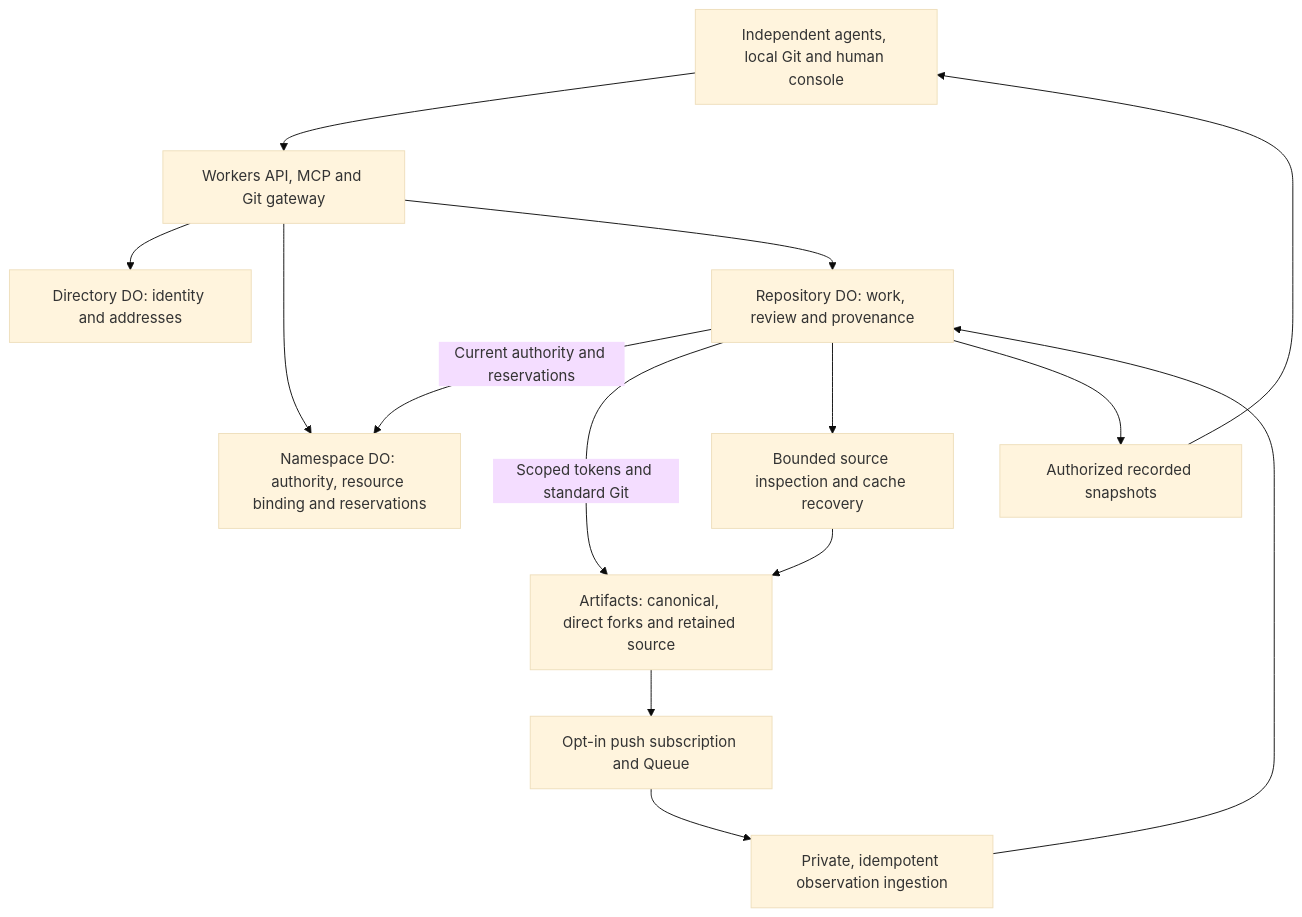
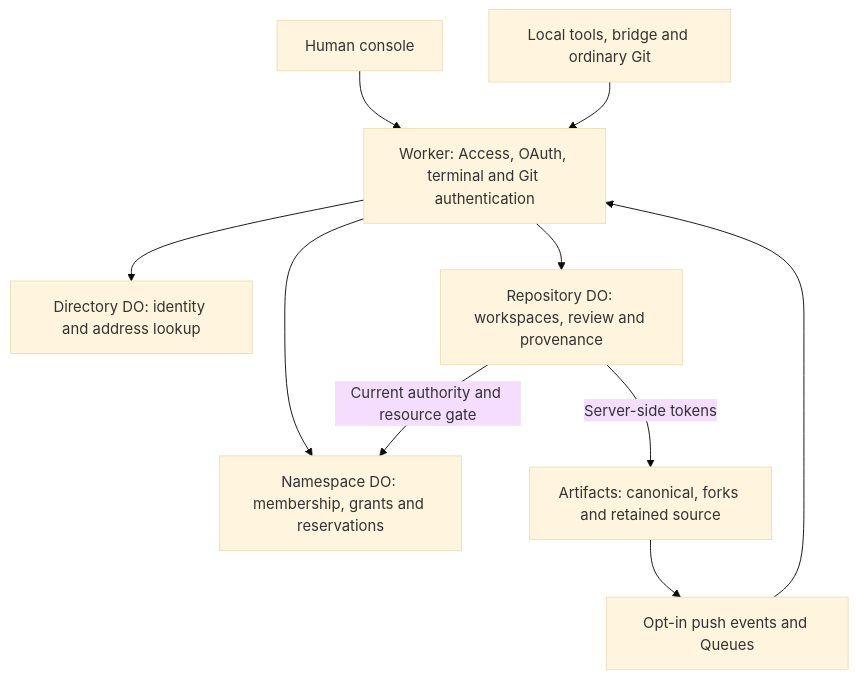
One commit to acltabontabon/cruce changed the diagram in docs/architecture.md. Above: the diagram before and after it, drawn with Mermaid (base theme). The commit also changed other lines of this file and 13 other files, not shown here.

````diff
--- a/docs/architecture.md
+++ b/docs/architecture.md
@@ -433,16 +50,12 @@
 ```mermaid
 flowchart TB
-    P[Independent agents, local Git and human console] --> W[Workers API, MCP and Git gateway]
-    W --> D[Directory DO: identity and addresses]
-    W --> N[Namespace DO: authority, resource binding and reservations]
-    W --> R[Repository DO: work, review and provenance]
-    R -->|Current authority and reservations| N
-    R -->|Scoped tokens and standard Git| A[Artifacts: canonical, direct forks and retained source]
-    A --> E[Opt-in push subscription and Queue]
-    E --> I[Private, idempotent observation ingestion]
-    I --> R
-    R --> B[Bounded source inspection and cache recovery]
-    B --> A
-    R --> S[Authorized recorded snapshots]
-    S --> P
+    H[Human console] --> W[Worker: Access, OAuth, terminal and Git authentication]
+    B[Local tools, bridge and ordinary Git] --> W
+    W --> D[Directory DO: identity and address lookup]
+    W --> N[Namespace DO: membership, grants and reservations]
+    W --> R[Repository DO: workspaces, review and provenance]
+    R -->|Current authority and resource gate| N
+    R -->|Server-side tokens| A[Artifacts: canonical, forks and retained source]
+    A --> Q[Opt-in push events and Queues]
+    Q --> W
 ```
````
